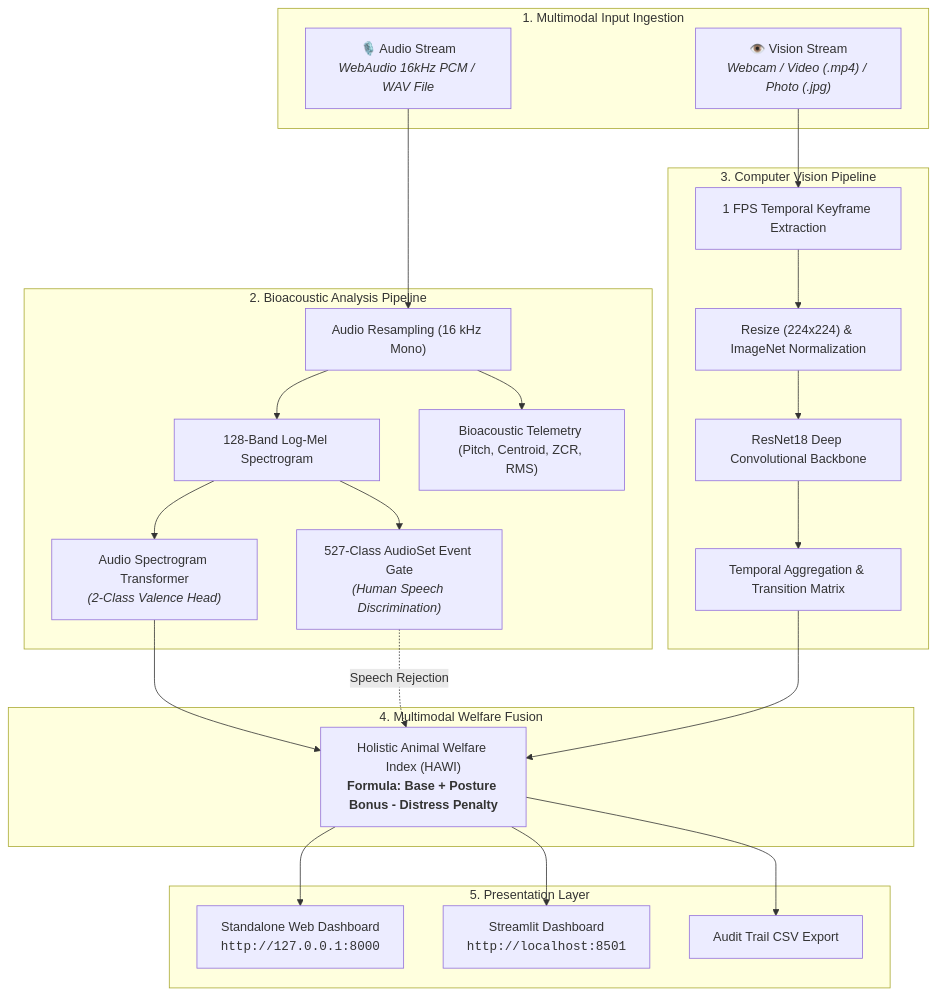
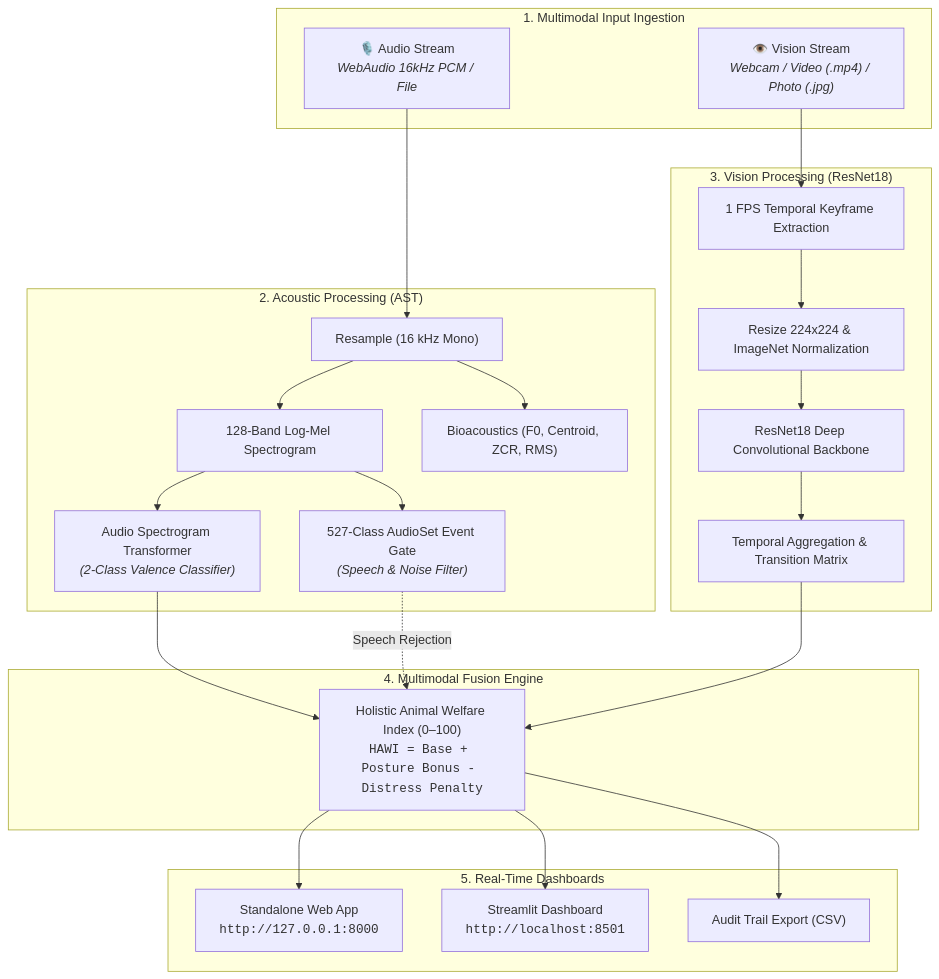
One commit to sampath300-dot/MooTrack changed the diagram in README.md. Above: the diagram before and after it, drawn with Mermaid. The commit also changed other lines of this file, not shown here.

````diff
--- a/README.md
+++ b/README.md
@@ -188,44 +98,44 @@
 ```mermaid
 flowchart TD
-    subgraph DataIngestion["1. Multimodal Input Ingestion"]
-        A_IN["🎙️ Audio Stream<br><i>WebAudio 16kHz PCM / WAV File</i>"]
+    subgraph Ingestion["1. Multimodal Input Ingestion"]
+        A_IN["🎙️ Audio Stream<br><i>WebAudio 16kHz PCM / File</i>"]
         V_IN["👁️ Vision Stream<br><i>Webcam / Video (.mp4) / Photo (.jpg)</i>"]
     end
 
-    subgraph AudioProcessing["2. Bioacoustic Analysis Pipeline"]
-        A_RESAMPLE["Audio Resampling (16 kHz Mono)"]
+    subgraph AudioEngine["2. Acoustic Processing (AST)"]
+        A_RESAMPLE["Resample (16 kHz Mono)"]
         A_MEL["128-Band Log-Mel Spectrogram"]
-        A_METRICS["Bioacoustic Telemetry (Pitch, Centroid, ZCR, RMS)"]
+        A_DIAG["Bioacoustics (F0, Centroid, ZCR, RMS)"]
         
-        AST_GATE["527-Class AudioSet Event Gate<br><i>(Human Speech Discrimination)</i>"]
-        AST_VAL["Audio Spectrogram Transformer<br><i>(2-Class Valence Head)</i>"]
+        AST_GATE["527-Class AudioSet Event Gate<br><i>(Speech & Noise Filter)</i>"]
+        AST_VAL["Audio Spectrogram Transformer<br><i>(2-Class Valence Classifier)</i>"]
         
-        A_IN --> A_RESAMPLE --> A_MEL & A_METRICS
+        A_IN --> A_RESAMPLE --> A_MEL & A_DIAG
         A_MEL --> AST_GATE & AST_VAL
     end
 
-    subgraph VisionProcessing["3. Computer Vision Pipeline"]
+    subgraph VisionEngine["3. Vision Processing (ResNet18)"]
         V_KEY["1 FPS Temporal Keyframe Extraction"]
-        V_NORM["Resize (224x224) & ImageNet Normalization"]
+        V_NORM["Resize 224x224 & ImageNet Normalization"]
         RESNET["ResNet18 Deep Convolutional Backbone"]
         V_AGG["Temporal Aggregation & Transition Matrix"]
         
         V_IN --> V_KEY --> V_NORM --> RESNET --> V_AGG
     end
 
-    subgraph FusionEngine["4. Multimodal Welfare Fusion"]
-        FUSED["Holistic Animal Welfare Index (HAWI)<br><b>Formula: Base + Posture Bonus - Distress Penalty</b>"]
+    subgraph DecisionFusion["4. Multimodal Fusion Engine"]
+        FUSED["Holistic Animal Welfare Index (0–100)<br><code>HAWI = Base + Posture Bonus - Distress Penalty</code>"]
         
         AST_VAL --> FUSED
         AST_GATE -.->|"Speech Rejection"| FUSED
         V_AGG --> FUSED
     end
 
-    subgraph Dashboards["5. Presentation Layer"]
-        D_WEB["Standalone Web Dashboard<br><code>http://127.0.0.1:8000</code>"]
+    subgraph Presentation["5. Real-Time Dashboards"]
+        D_WEB["Standalone Web App<br><code>http://127.0.0.1:8000</code>"]
         D_STR["Streamlit Dashboard<br><code>http://localhost:8501</code>"]
-        D_CSV["Audit Trail CSV Export"]
+        D_CSV["Audit Trail Export (CSV)"]
         
         FUSED --> D_WEB & D_STR & D_CSV
     end
 ```
````
